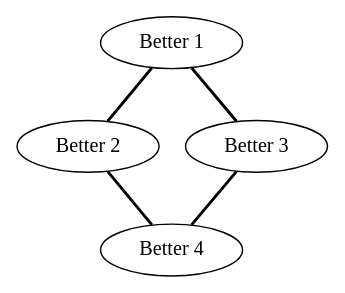
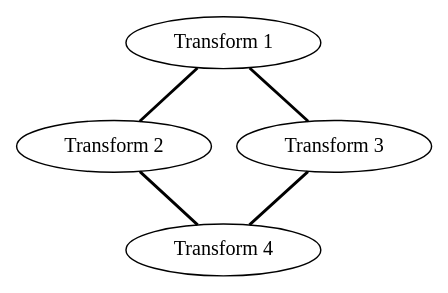
One commit to gsiegle/polycule-grapher changed the diagram in DOT/sample.dot. Above: the diagram before and after it, drawn with Graphviz.

Commit message:
test changes of dot file only

```diff
--- a/DOT/sample.dot
+++ b/DOT/sample.dot
@@ -1,11 +1,11 @@
 graph sample {
-	node1 [label="Better 1"]
-	node2 [label="Better 2"]
-	node3 [label="Better 3"]
-	node4 [label="Better 4"]
+	node1 [label="Transform 1"]
+	node2 [label="Transform 2"]
+	node3 [label="Transform 3"]
+	node4 [label="Transform 4"]
 
 	node1 -- node2 [len=1.25,label="",style=bold]
 	node1 -- node3 [len=1.25,label="",style=bold]
 	node2 -- node4 [len=1.25,label="",style=bold]
 	node3 -- node4 [len=1.25,label="",style=bold]
 }
```
